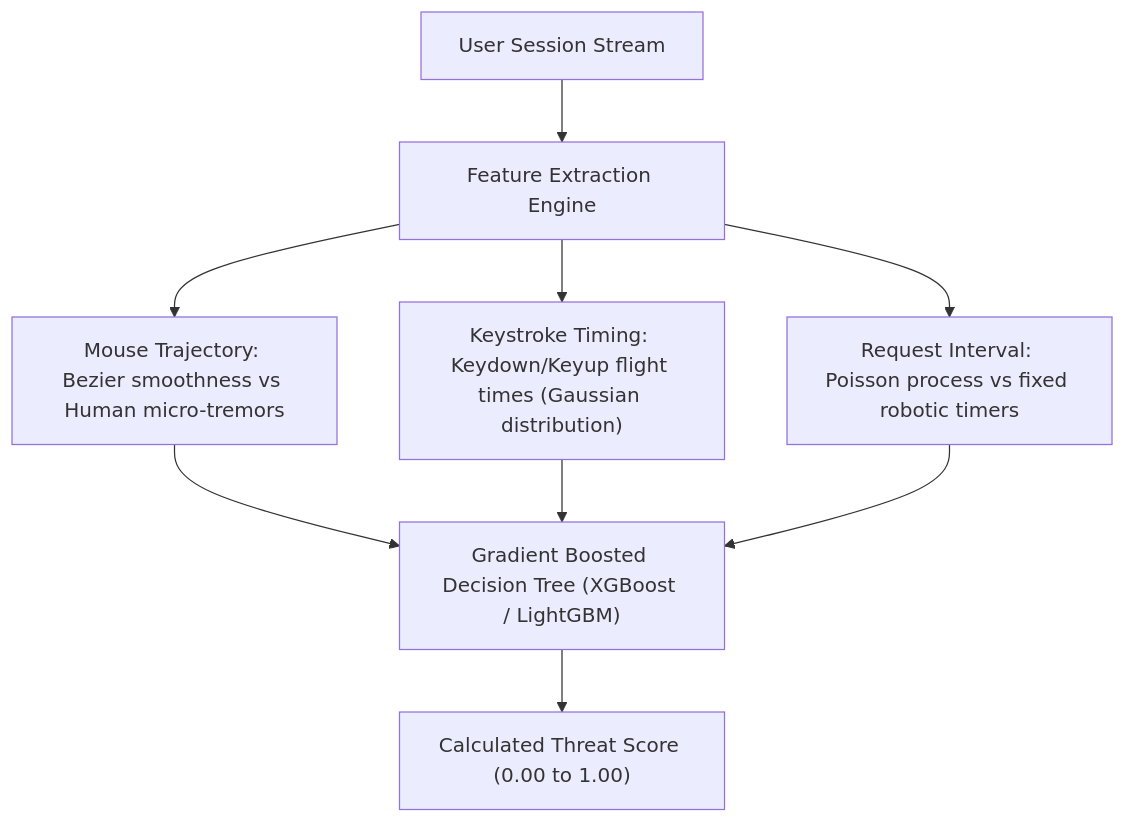
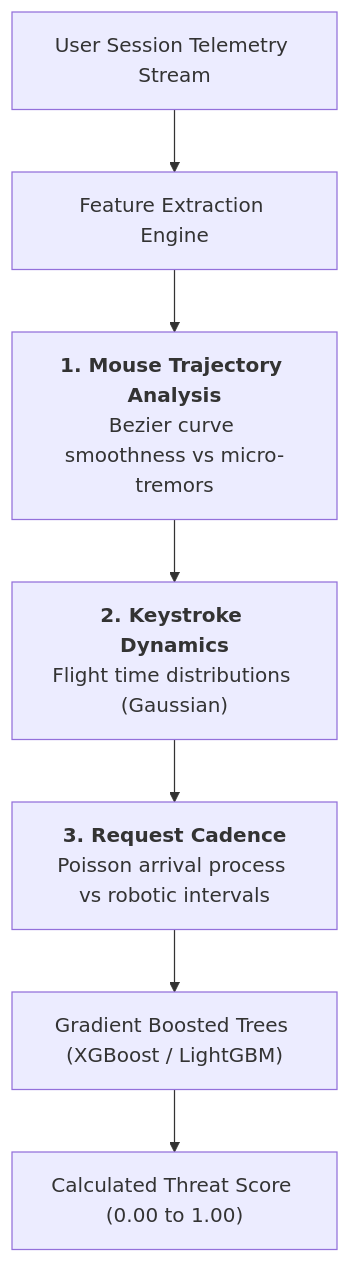
Before and after one commit to naimurhasan/naimurhasan.github.io: the third of 3 diagrams in _posts/2026-10-19-how-modern-bot-detection-systems-actually-work.md, drawn with Mermaid. The commit also changed other lines of this file and 28 other files, not shown here.

Commit message:
fix(blog): refactor all Mermaid diagrams to vertical legible layouts and restore in-body illustrations

````diff
--- a/_posts/2026-10-19-how-modern-bot-detection-systems-actually-work.md
+++ b/_posts/2026-10-19-how-modern-bot-detection-systems-actually-work.md
@@ -87,9 +90,9 @@
 ```mermaid
 flowchart TD
-  Session["User Session Stream"] --> Feats["Feature Extraction Engine"]
-  Feats --> F1["Mouse Trajectory: Bezier smoothness vs Human micro-tremors"]
-  Feats --> F2["Keystroke Timing: Keydown/Keyup flight times (Gaussian distribution)"]
-  Feats --> F3["Request Interval: Poisson process vs fixed robotic timers"]
-  F1 & F2 & F3 --> Model["Gradient Boosted Decision Tree (XGBoost / LightGBM)"]
+  Session["User Session Telemetry Stream"] --> Feats["Feature Extraction Engine"]
+  Feats --> F1["<b>1. Mouse Trajectory Analysis</b><br/>Bezier curve smoothness vs micro-tremors"]
+  F1 --> F2["<b>2. Keystroke Dynamics</b><br/>Flight time distributions (Gaussian)"]
+  F2 --> F3["<b>3. Request Cadence</b><br/>Poisson arrival process vs robotic intervals"]
+  F3 --> Model["Gradient Boosted Trees (XGBoost / LightGBM)"]
   Model --> Score["Calculated Threat Score (0.00 to 1.00)"]
 ```
````
